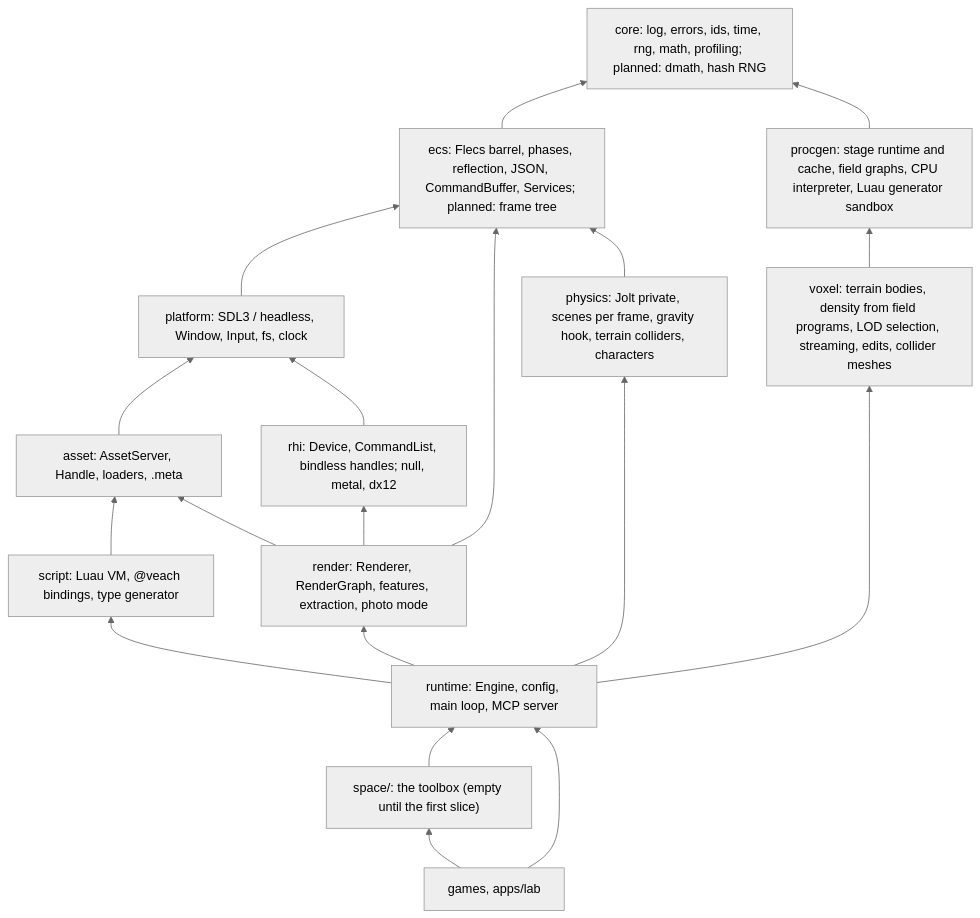
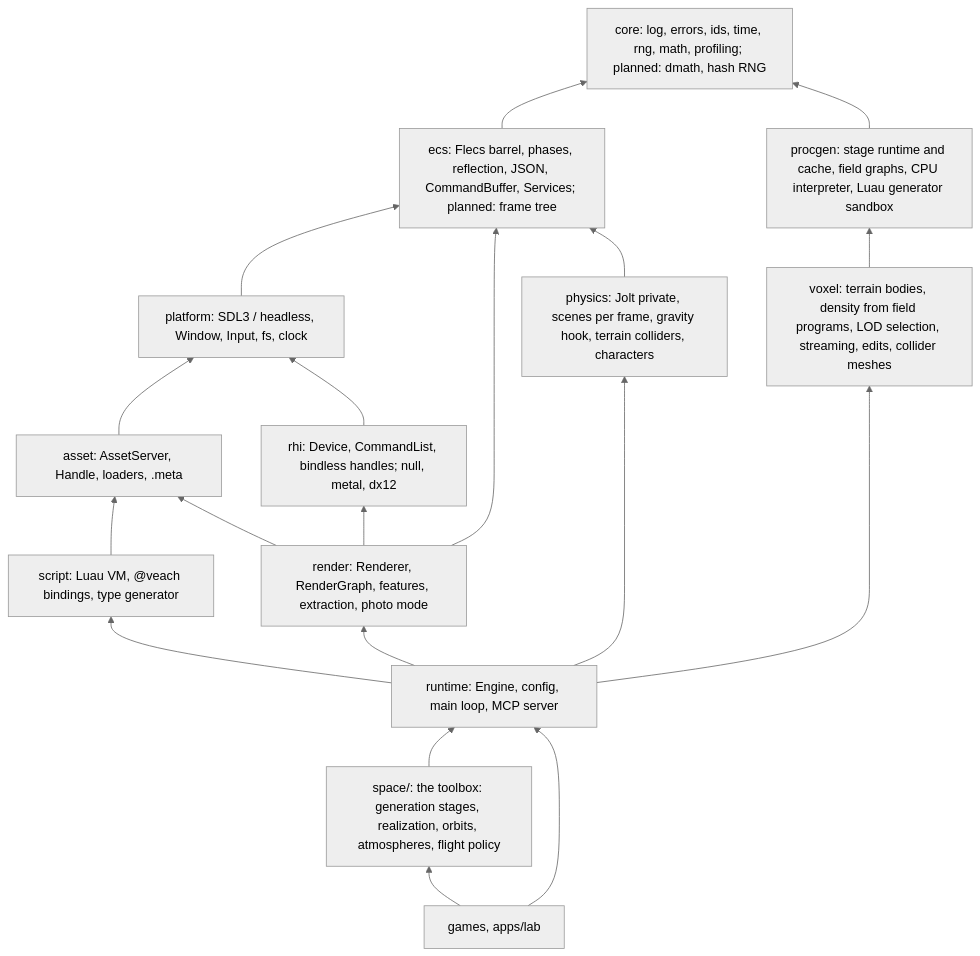
Before and after one commit to pdcamargo/veach: the first of 2 diagrams in docs/ARCHITECTURE.md, drawn with Mermaid (neutral theme). The commit also changed other lines of this file and 22 other files, not shown here.

First line of the commit message:
docs(slice): the first slice spec, ADR 0088, guide and SP-15 findings; VCH-115 and VCH-091 done

````diff
--- a/docs/ARCHITECTURE.md
+++ b/docs/ARCHITECTURE.md
@@ -71,35 +71,35 @@
 ```mermaid
 flowchart BT
     core["core: log, errors, ids, time, rng, math, profiling; planned: dmath, hash RNG"]
     ecs["ecs: Flecs barrel, phases, reflection, JSON, CommandBuffer, Services; planned: frame tree"]
     platform["platform: SDL3 / headless, Window, Input, fs, clock"]
     asset["asset: AssetServer, Handle, loaders, .meta"]
     script["script: Luau VM, @veach bindings, type generator"]
     rhi["rhi: Device, CommandList, bindless handles; null, metal, dx12"]
     render["render: Renderer, RenderGraph, features, extraction, photo mode"]
     physics["physics: Jolt private, scenes per frame, gravity hook, terrain colliders, characters"]
     procgen["procgen: stage runtime and cache, field graphs, CPU interpreter, Luau generator sandbox"]
     voxel["voxel: terrain bodies, density from field programs, LOD selection, streaming, edits, collider meshes"]
     runtime["runtime: Engine, config, main loop, MCP server"]
-    space["space/: the toolbox (empty until the first slice)"]
+    space["space/: the toolbox: generation stages, realization, orbits, atmospheres, flight policy"]
     games["games, apps/lab"]
     ecs --> core
     platform --> ecs
     asset --> platform
     script --> asset
     rhi --> platform
     render --> rhi
     render --> ecs
     render --> asset
     physics --> ecs
     procgen --> core
     voxel --> procgen
     runtime --> script
     runtime --> render
     runtime --> physics
     runtime --> voxel
     space --> runtime
     games --> space
     games --> runtime
     classDef planned stroke-dasharray: 5 5
 ```
````
